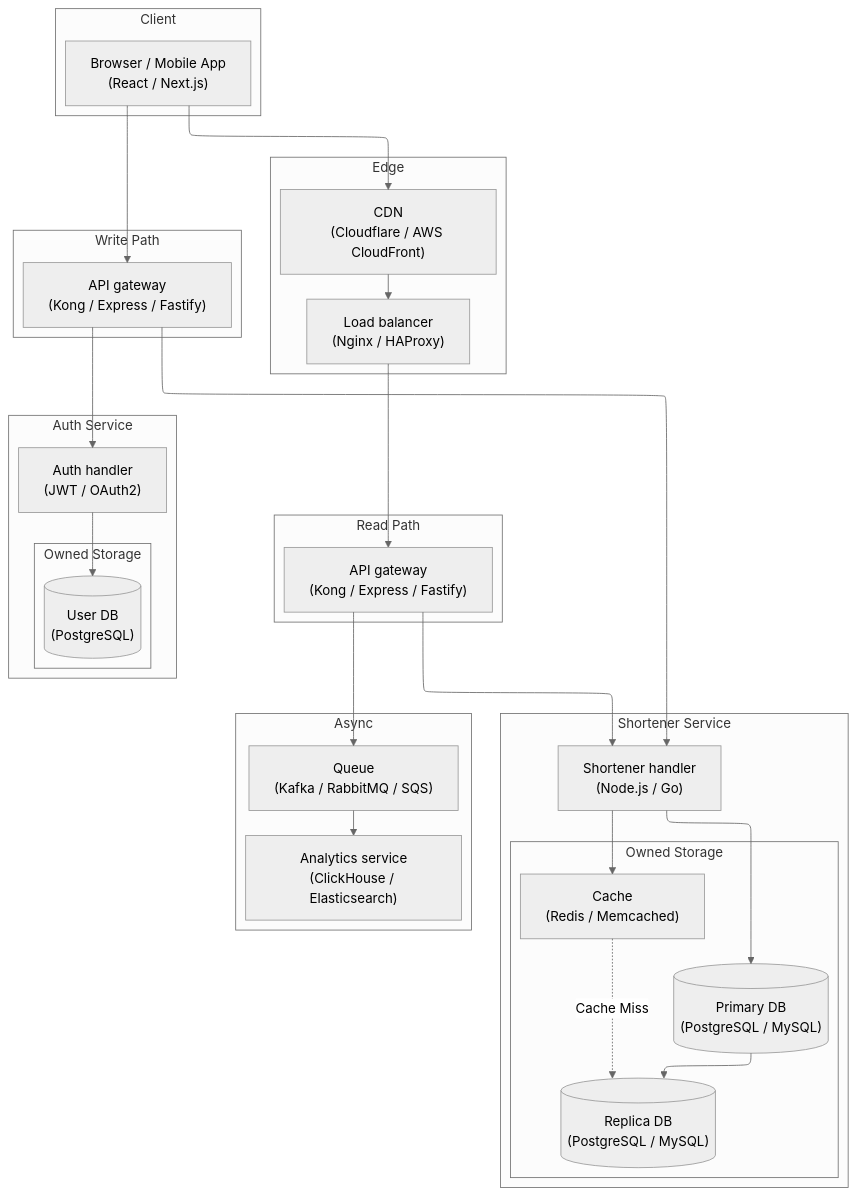
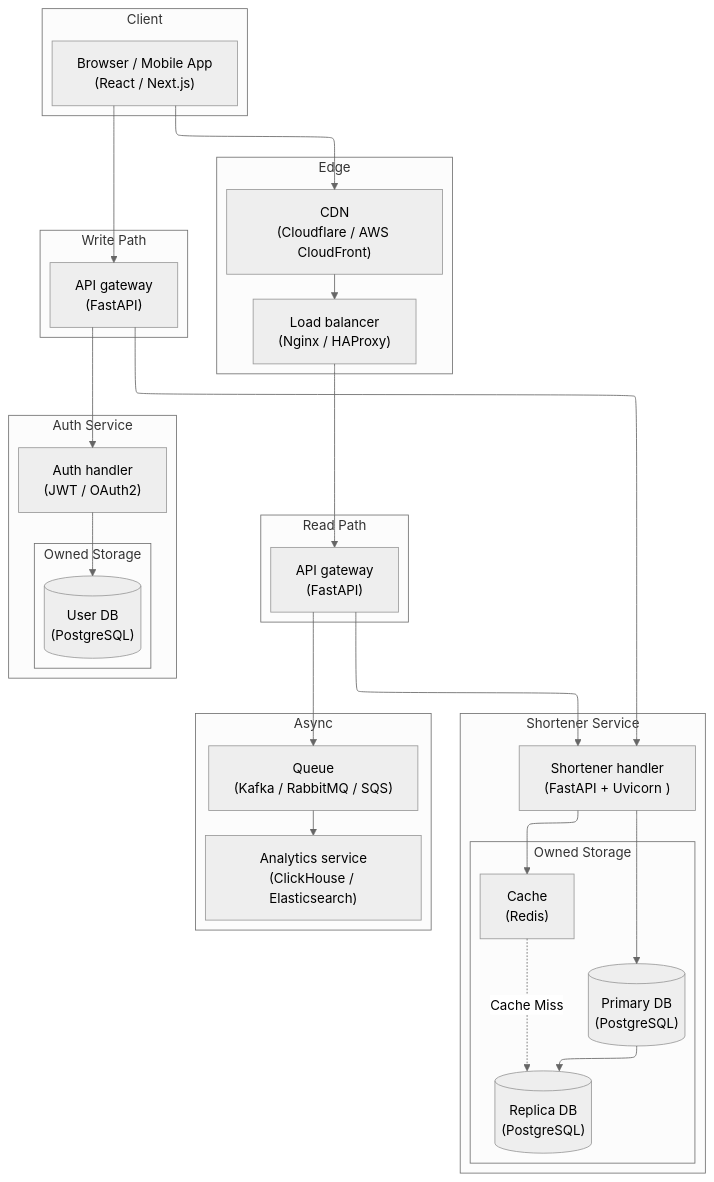
One commit to boycececil666gmailcom/url-shortener changed the first of 2 diagrams in design/02-general-design.md. Above: the diagram before and after it, drawn with Mermaid. The commit also changed other lines of this file and 6 other files, not shown here.

````diff
--- a/design/02-general-design.md
+++ b/design/02-general-design.md
@@ -5,66 +5,66 @@
 ```mermaid
 ---
 config:
   layout: elk
   theme: neutral
 ---
 flowchart TB
 
     subgraph Client
         User["Browser / Mobile App<br/>(React / Next.js)"]
     end
 
     subgraph Edge
         CDN["CDN<br/>(Cloudflare / AWS CloudFront)"]
         LB["Load balancer<br/>(Nginx / HAProxy)"]
     end
 
     subgraph WritePath["Write Path"]
-        APIGW["API gateway<br/>(Kong / Express / Fastify)"]
+        APIGW["API gateway<br/>(FastAPI)"]
     end
 
     subgraph ReadPath["Read Path"]
-        Redirect["API gateway<br/>(Kong / Express / Fastify)"]
+        Redirect["API gateway<br/>(FastAPI)"]
     end
 
     subgraph AuthSvc["Auth Service"]
         Auth["Auth handler<br/>(JWT / OAuth2)"]
         subgraph AuthDB["Owned Storage"]
             UserDB[("User DB<br/>(PostgreSQL)")]
         end
     end
 
     subgraph ShortenerSvc["Shortener Service"]
-        Shortener["Shortener handler<br/>(Node.js / Go)"]
+        Shortener["Shortener handler<br/>(FastAPI + Uvicorn )"]
         subgraph ShortenerDB["Owned Storage"]
-            Redis["Cache<br/>(Redis / Memcached)"]
-            Primary[("Primary DB<br/>(PostgreSQL / MySQL)")]
-            Replica[("Replica DB<br/>(PostgreSQL / MySQL)")]
+            Redis["Cache<br/>(Redis)"]
+            Primary[("Primary DB<br/>(PostgreSQL)")]
+            Replica[("Replica DB<br/>(PostgreSQL)")]
         end
     end
 
     subgraph Async
         Queue["Queue<br/>(Kafka / RabbitMQ / SQS)"]
         Analytics["Analytics service<br/>(ClickHouse / Elasticsearch)"]
     end
 
     User --> APIGW
     APIGW --> Auth
     APIGW --> Shortener
 
     Auth --> UserDB
 
     Shortener --> Redis
     Shortener --> Primary
     Primary --> Replica
     Redis -. Cache Miss .-> Replica
 
     User --> CDN
     CDN --> LB
     LB --> Redirect
 
     Redirect --> Shortener
 
     Redirect --> Queue
     Queue --> Analytics
 ```
````
